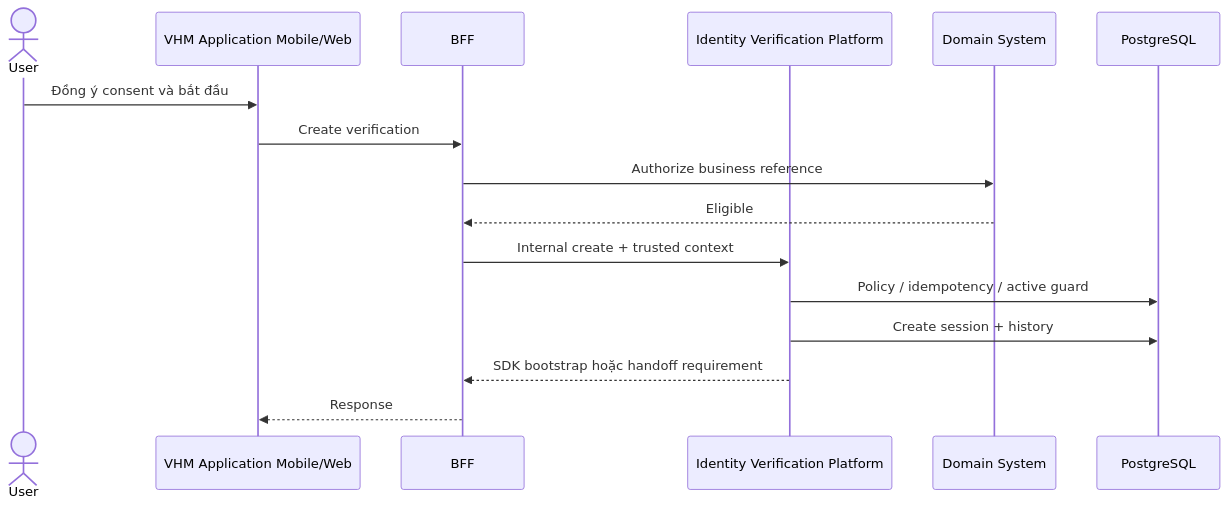
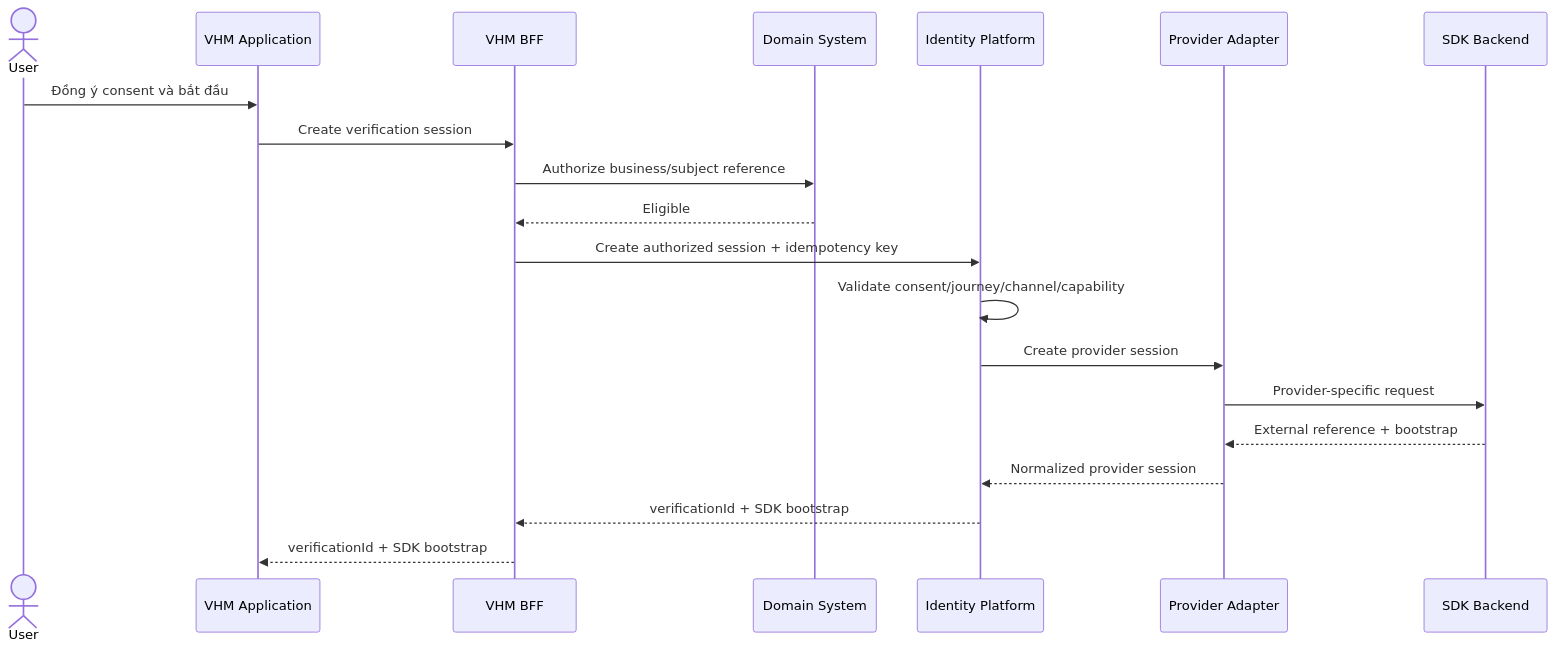
Diagram 14 of 24 in tdd2.md (huynv-xyz/vhm), drawn with Mermaid before and after one commit. The commit also changed other lines of this file, not shown here.

````diff
--- a/tdd2.md
+++ b/tdd2.md
@@ -1451,18 +1483,22 @@
 ```mermaid
 sequenceDiagram
     actor User
-    participant APP as VHM Application Mobile/Web
-    participant BFF
-    participant IV as Identity Verification Platform
+    participant APP as VHM Application
+    participant BFF as VHM BFF
     participant DOMAIN as Domain System
-    participant PG as PostgreSQL
+    participant IV as Identity Platform
+    participant ADAPTER as Provider Adapter
+    participant BACKEND as SDK Backend
     User->>APP: Đồng ý consent và bắt đầu
-    APP->>BFF: Create verification
-    BFF->>DOMAIN: Authorize business reference
+    APP->>BFF: Create verification session
+    BFF->>DOMAIN: Authorize business/subject reference
     DOMAIN-->>BFF: Eligible
-    BFF->>IV: Internal create + trusted context
-    IV->>PG: Policy / idempotency / active guard
-    IV->>PG: Create session + history
-    IV-->>BFF: SDK bootstrap hoặc handoff requirement
-    BFF-->>APP: Response
+    BFF->>IV: Create authorized session + idempotency key
+    IV->>IV: Validate consent/journey/channel/capability
+    IV->>ADAPTER: Create provider session
+    ADAPTER->>BACKEND: Provider-specific request
+    BACKEND-->>ADAPTER: External reference + bootstrap
+    ADAPTER-->>IV: Normalized provider session
+    IV-->>BFF: verificationId + SDK bootstrap
+    BFF-->>APP: verificationId + SDK bootstrap
 ```
````
